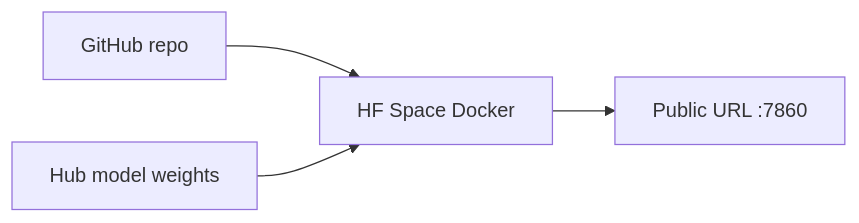
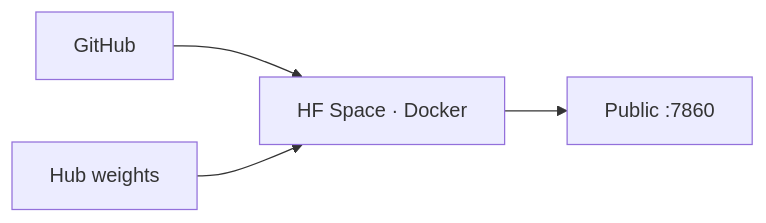
One commit to tanaymitra54/solidity_guard_razorpay changed diagram 13 of 13 in README.md. Above: the diagram before and after it, drawn with Mermaid. The commit also changed other lines of this file, not shown here.

First line of the commit message:
docs: prize-style README with charts and architecture diagrams

````diff
--- a/README.md
+++ b/README.md
@@ -540,6 +410,6 @@
 ```mermaid
 flowchart LR
-    GH[GitHub repo] --> SP[HF Space Docker]
-    HF[Hub model weights] --> SP
-    SP --> PUB[Public URL :7860]
+    GH[GitHub] --> SP[HF Space · Docker]
+    HF[Hub weights] --> SP
+    SP --> PUB[Public :7860]
 ```
````
